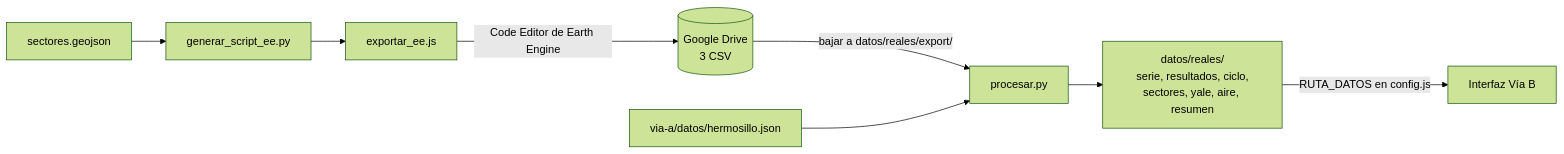
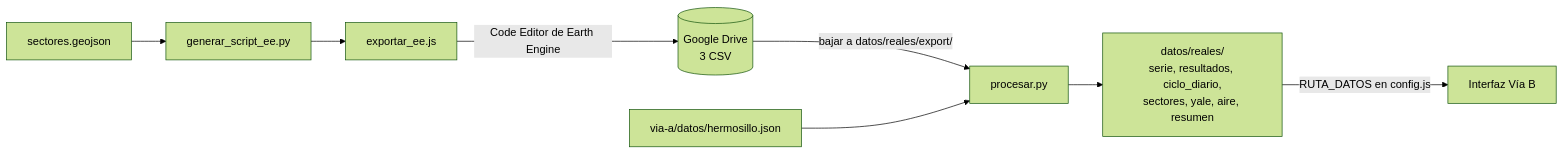
The diagram in via-b/procesamiento/README.md (elproshaitron-stack/SunCity), drawn with Mermaid (forest theme) before and after one commit. The commit also changed other lines of this file and 5 other files, not shown here.

First line of the commit message:
Vía B: procesamiento escribe ciclo_diario.csv con el esquema de Mario

````diff
--- a/via-b/procesamiento/README.md
+++ b/via-b/procesamiento/README.md
@@ -5,9 +5,9 @@
 ```mermaid
 flowchart LR
     G[sectores.geojson] --> S[generar_script_ee.py] --> J[exportar_ee.js]
     J -->|Code Editor de Earth Engine| D[(Google Drive<br/>3 CSV)]
     D -->|bajar a datos/reales/export/| P[procesar.py]
     W[via-a/datos/hermosillo.json] --> P
-    P --> R[datos/reales/<br/>serie, resultados, ciclo,<br/>sectores, yale, aire, resumen]
+    P --> R[datos/reales/<br/>serie, resultados, ciclo_diario,<br/>sectores, yale, aire, resumen]
     R -->|RUTA_DATOS en config.js| I[Interfaz Vía B]
 ```
````
